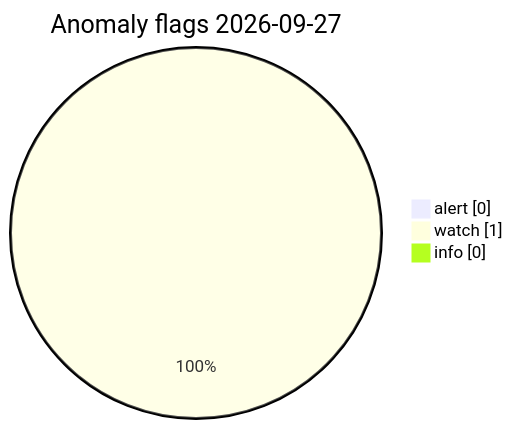
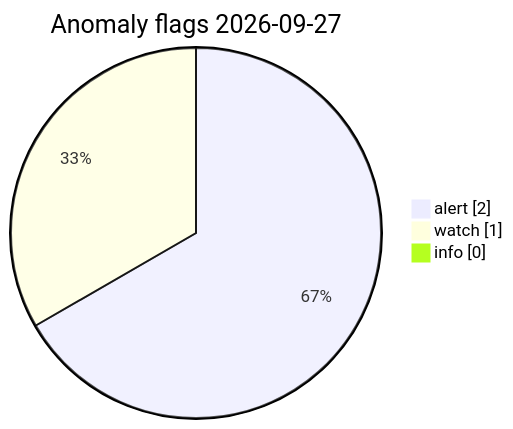
One commit to Midwest-Stratospheric/Unified-Open-Global-Weather changed the diagram in visuals/latest/CHARTS.md. Above: the diagram before and after it, drawn with Mermaid. The commit also changed other lines of this file and 13 other files, not shown here.

Commit message:
data(visuals): automated charts 2026-09-27T14:47Z

````diff
--- a/visuals/latest/CHARTS.md
+++ b/visuals/latest/CHARTS.md
@@ -73,7 +73,7 @@
 ```mermaid
 pie showData
   title Anomaly flags 2026-09-27
-  "alert" : 0
+  "alert" : 2
   "watch" : 1
   "info" : 0
 ```
````
